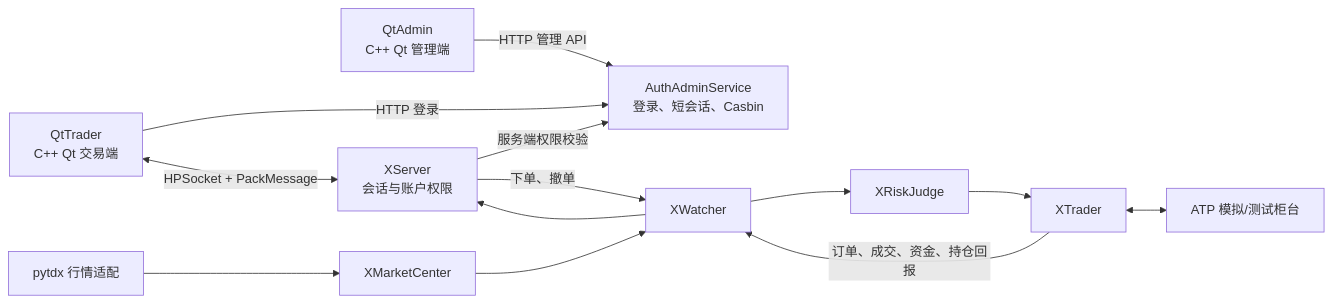
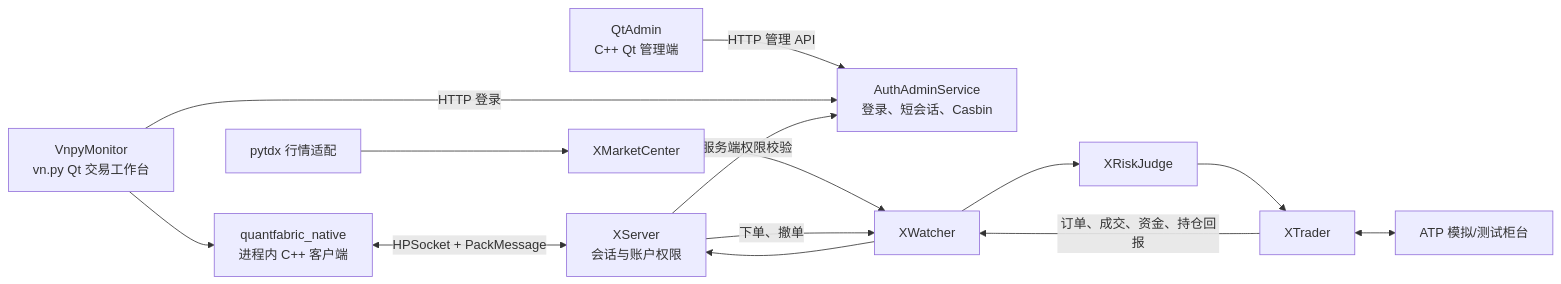
Before and after one commit to Weatherbless2/quantfabric-trading-platform: the diagram in README.md, drawn with Mermaid. The commit also changed other lines of this file and 3 other files, not shown here.

Commit message:
docs: document native vnpy frontend

````diff
--- a/README.md
+++ b/README.md
@@ -23,14 +24,15 @@
 ```mermaid
 flowchart LR
     QtAdmin["QtAdmin<br/>C++ Qt 管理端"] -->|HTTP 管理 API| Auth["AuthAdminService<br/>登录、短会话、Casbin"]
-    QtTrader["QtTrader<br/>C++ Qt 交易端"] -->|HTTP 登录| Auth
-    QtTrader <-->|HPSocket + PackMessage| XServer["XServer<br/>会话与账户权限"]
+    Vnpy["VnpyMonitor<br/>vn.py Qt 交易工作台"] -->|HTTP 登录| Auth
+    Vnpy --> Native["quantfabric_native<br/>进程内 C++ 客户端"]
+    Native <-->|HPSocket + PackMessage| XServer["XServer<br/>会话与账户权限"]
     XServer -->|服务端权限校验| Auth
     PyTdx["pytdx 行情适配"] --> Market["XMarketCenter"]
     Market --> Watcher["XWatcher"]
     XServer -->|下单、撤单| Watcher
     Watcher --> Risk["XRiskJudge"] --> Trader["XTrader"]
     Trader <--> ATP["ATP 模拟/测试柜台"]
     Trader -->|订单、成交、资金、持仓回报| Watcher
     Watcher --> XServer
 ```
````
